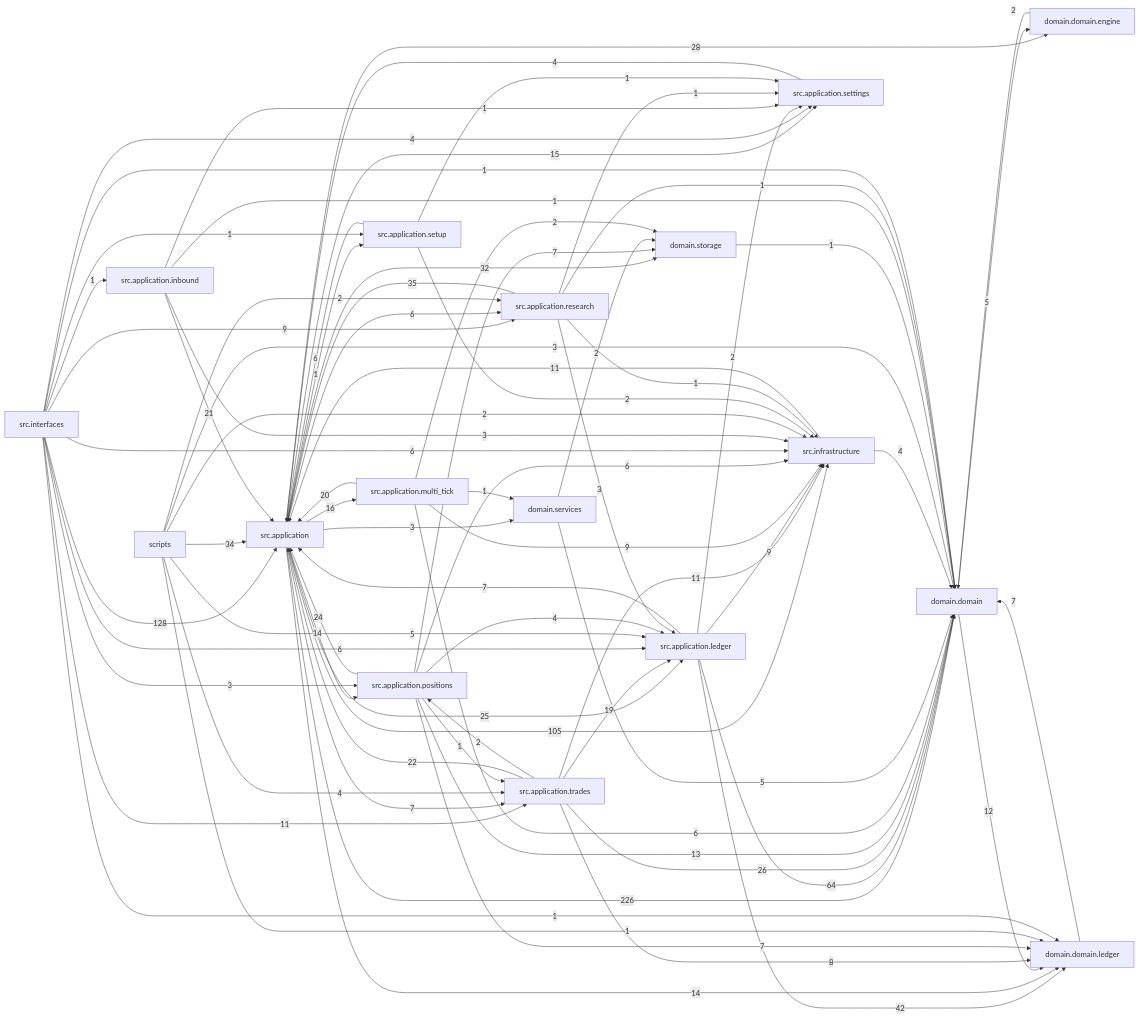
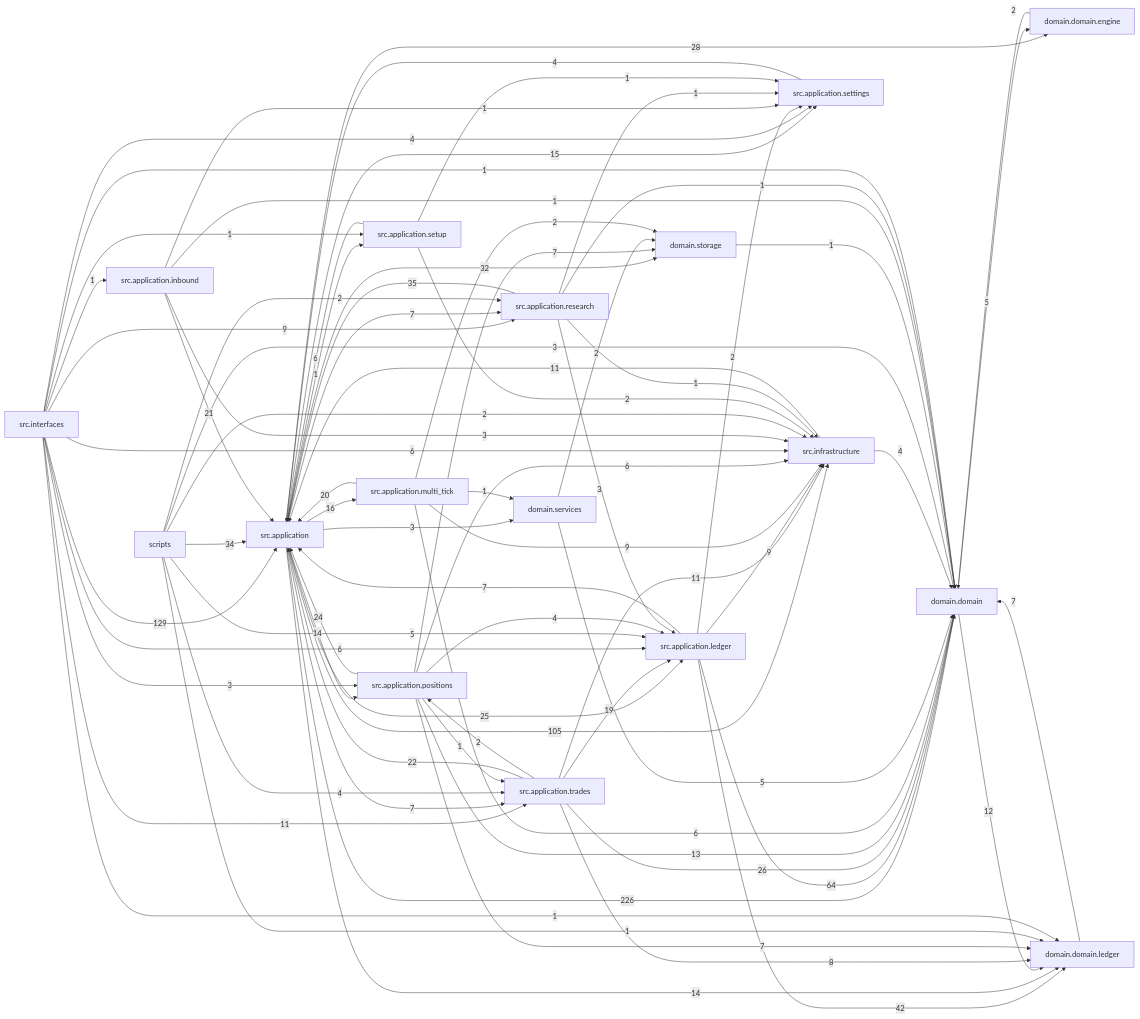
One commit to liuxie066/options-monitor changed the diagram in docs/dependency_graph.mmd. Above: the diagram before and after it, drawn with Mermaid. The commit also changed 10 other files, not shown here.

```diff
--- a/docs/dependency_graph.mmd
+++ b/docs/dependency_graph.mmd
@@ -1,77 +1,77 @@
 flowchart LR
   src_application["src.application"] -->|226| domain_domain["domain.domain"]
-  src_interfaces["src.interfaces"] -->|128| src_application["src.application"]
+  src_interfaces["src.interfaces"] -->|129| src_application["src.application"]
   src_application["src.application"] -->|105| src_infrastructure["src.infrastructure"]
   src_application_ledger["src.application.ledger"] -->|64| domain_domain["domain.domain"]
   src_application_ledger["src.application.ledger"] -->|42| domain_domain_ledger["domain.domain.ledger"]
   src_application_research["src.application.research"] -->|35| src_application["src.application"]
   scripts["scripts"] -->|34| src_application["src.application"]
   src_application["src.application"] -->|32| domain_storage["domain.storage"]
   src_application["src.application"] -->|28| domain_domain_engine["domain.domain.engine"]
   src_application_trades["src.application.trades"] -->|26| domain_domain["domain.domain"]
   src_application["src.application"] -->|25| src_application_ledger["src.application.ledger"]
   src_application_positions["src.application.positions"] -->|24| src_application["src.application"]
   src_application_trades["src.application.trades"] -->|22| src_application["src.application"]
   src_application_inbound["src.application.inbound"] -->|21| src_application["src.application"]
   src_application_multi_tick["src.application.multi_tick"] -->|20| src_application["src.application"]
   src_application_trades["src.application.trades"] -->|19| src_application_ledger["src.application.ledger"]
   src_application["src.application"] -->|16| src_application_multi_tick["src.application.multi_tick"]
   src_application["src.application"] -->|15| src_application_settings["src.application.settings"]
   src_application["src.application"] -->|14| domain_domain_ledger["domain.domain.ledger"]
   src_application["src.application"] -->|14| src_application_positions["src.application.positions"]
   src_application_positions["src.application.positions"] -->|13| domain_domain["domain.domain"]
   domain_domain["domain.domain"] -->|12| domain_domain_ledger["domain.domain.ledger"]
   src_application_trades["src.application.trades"] -->|11| src_infrastructure["src.infrastructure"]
   src_infrastructure["src.infrastructure"] -->|11| src_application["src.application"]
   src_interfaces["src.interfaces"] -->|11| src_application_trades["src.application.trades"]
   src_application_ledger["src.application.ledger"] -->|9| src_infrastructure["src.infrastructure"]
   src_application_multi_tick["src.application.multi_tick"] -->|9| src_infrastructure["src.infrastructure"]
   src_interfaces["src.interfaces"] -->|9| src_application_research["src.application.research"]
   src_application_trades["src.application.trades"] -->|8| domain_domain_ledger["domain.domain.ledger"]
   domain_domain_ledger["domain.domain.ledger"] -->|7| domain_domain["domain.domain"]
+  src_application["src.application"] -->|7| src_application_research["src.application.research"]
   src_application["src.application"] -->|7| src_application_trades["src.application.trades"]
   src_application_ledger["src.application.ledger"] -->|7| src_application["src.application"]
   src_application_positions["src.application.positions"] -->|7| domain_domain_ledger["domain.domain.ledger"]
   src_application_positions["src.application.positions"] -->|7| domain_storage["domain.storage"]
-  src_application["src.application"] -->|6| src_application_research["src.application.research"]
   src_application_multi_tick["src.application.multi_tick"] -->|6| domain_domain["domain.domain"]
   src_application_positions["src.application.positions"] -->|6| src_infrastructure["src.infrastructure"]
   src_application_setup["src.application.setup"] -->|6| src_application["src.application"]
   src_interfaces["src.interfaces"] -->|6| src_application_ledger["src.application.ledger"]
   src_interfaces["src.interfaces"] -->|6| src_infrastructure["src.infrastructure"]
   domain_domain["domain.domain"] -->|5| domain_domain_engine["domain.domain.engine"]
   domain_services["domain.services"] -->|5| domain_domain["domain.domain"]
   scripts["scripts"] -->|5| src_application_ledger["src.application.ledger"]
   scripts["scripts"] -->|4| src_application_trades["src.application.trades"]
   src_application_positions["src.application.positions"] -->|4| src_application_ledger["src.application.ledger"]
   src_application_settings["src.application.settings"] -->|4| src_application["src.application"]
   src_infrastructure["src.infrastructure"] -->|4| domain_domain["domain.domain"]
   src_interfaces["src.interfaces"] -->|4| src_application_settings["src.application.settings"]
   scripts["scripts"] -->|3| domain_domain["domain.domain"]
   src_application["src.application"] -->|3| domain_services["domain.services"]
   src_application_inbound["src.application.inbound"] -->|3| src_infrastructure["src.infrastructure"]
   src_application_research["src.application.research"] -->|3| src_application_ledger["src.application.ledger"]
   src_interfaces["src.interfaces"] -->|3| src_application_positions["src.application.positions"]
   domain_domain_engine["domain.domain.engine"] -->|2| domain_domain["domain.domain"]
   domain_services["domain.services"] -->|2| domain_storage["domain.storage"]
   scripts["scripts"] -->|2| src_application_research["src.application.research"]
   scripts["scripts"] -->|2| src_infrastructure["src.infrastructure"]
   src_application_ledger["src.application.ledger"] -->|2| src_application_settings["src.application.settings"]
   src_application_multi_tick["src.application.multi_tick"] -->|2| domain_storage["domain.storage"]
   src_application_setup["src.application.setup"] -->|2| src_infrastructure["src.infrastructure"]
   src_application_trades["src.application.trades"] -->|2| src_application_positions["src.application.positions"]
   domain_storage["domain.storage"] -->|1| domain_domain["domain.domain"]
   scripts["scripts"] -->|1| domain_domain_ledger["domain.domain.ledger"]
   src_application["src.application"] -->|1| src_application_setup["src.application.setup"]
   src_application_inbound["src.application.inbound"] -->|1| domain_domain["domain.domain"]
   src_application_inbound["src.application.inbound"] -->|1| src_application_settings["src.application.settings"]
   src_application_multi_tick["src.application.multi_tick"] -->|1| domain_services["domain.services"]
   src_application_positions["src.application.positions"] -->|1| src_application_trades["src.application.trades"]
   src_application_research["src.application.research"] -->|1| domain_domain["domain.domain"]
   src_application_research["src.application.research"] -->|1| src_application_settings["src.application.settings"]
   src_application_research["src.application.research"] -->|1| src_infrastructure["src.infrastructure"]
   src_application_setup["src.application.setup"] -->|1| src_application_settings["src.application.settings"]
   src_interfaces["src.interfaces"] -->|1| domain_domain["domain.domain"]
   src_interfaces["src.interfaces"] -->|1| domain_domain_ledger["domain.domain.ledger"]
   src_interfaces["src.interfaces"] -->|1| src_application_inbound["src.application.inbound"]
   src_interfaces["src.interfaces"] -->|1| src_application_setup["src.application.setup"]
```
